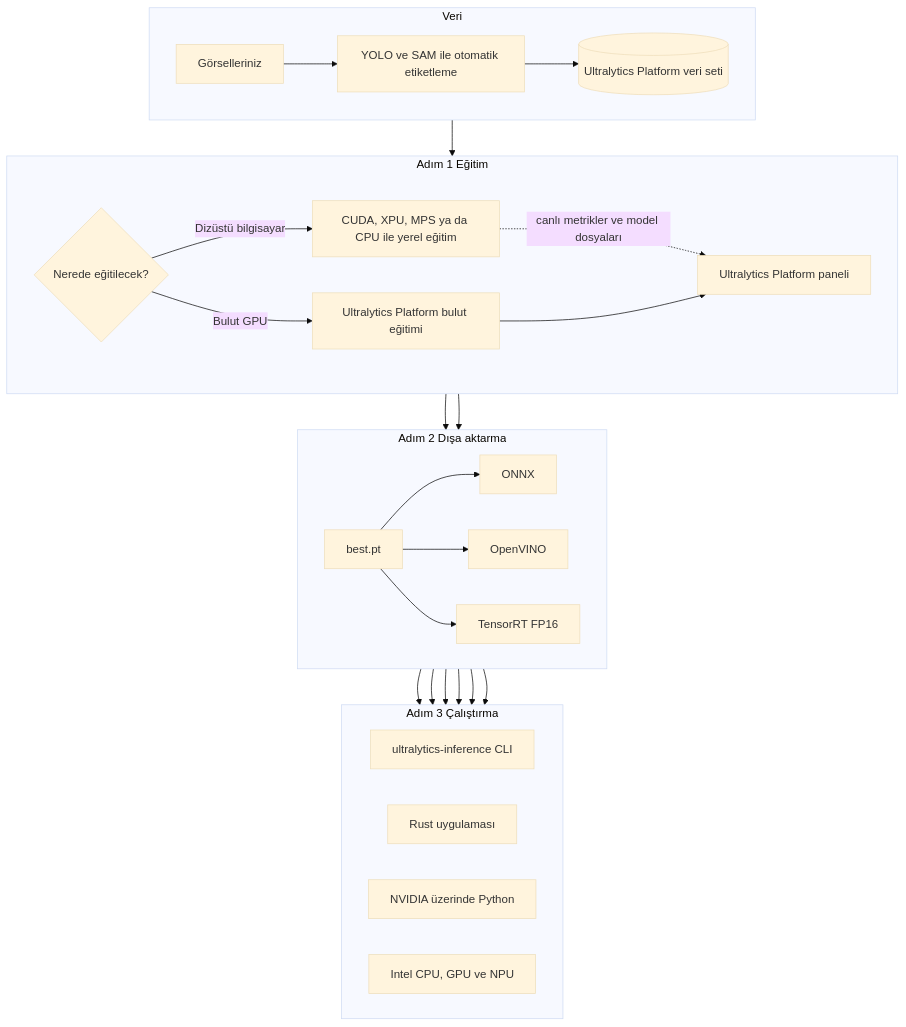
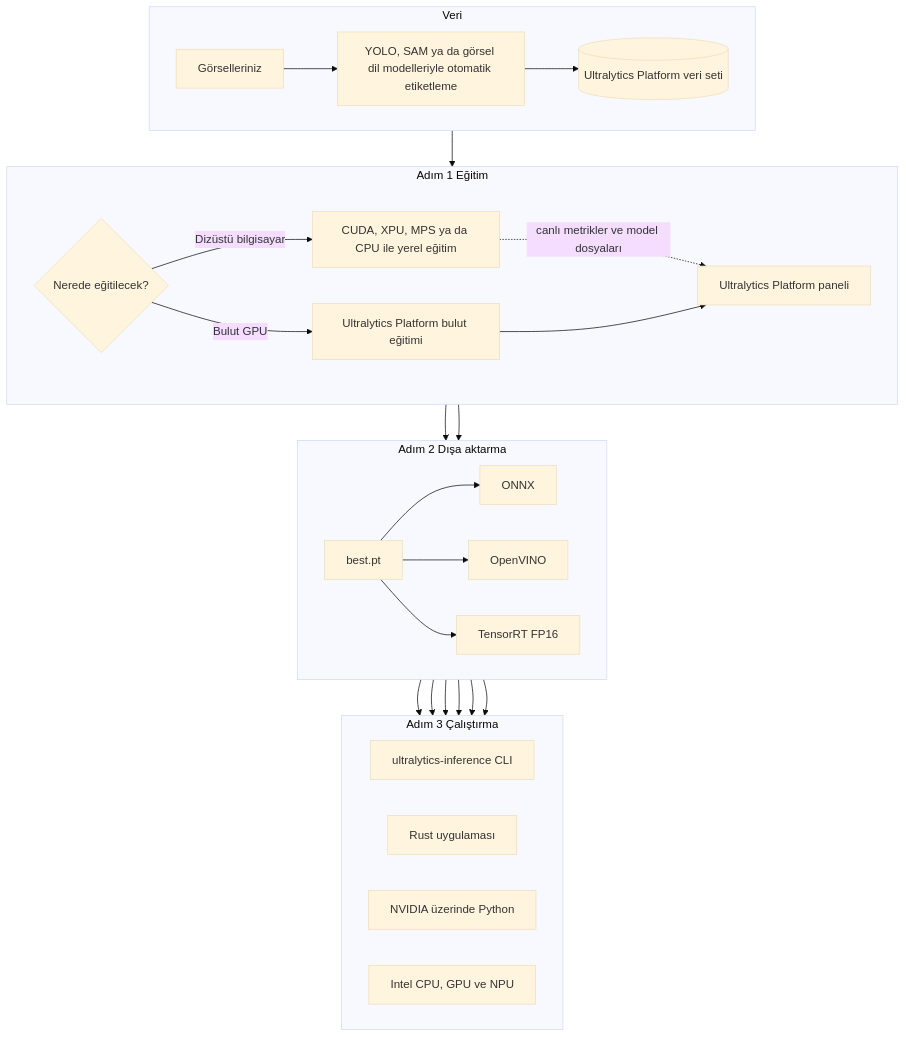
One commit to onuralpszr/gdg-samsun-etkinlik-2026-workshop changed the diagram in docs/index.tr.md. Above: the diagram before and after it, drawn with Mermaid (base theme). The commit also changed other lines of this file and 4 other files, not shown here.

````diff
--- a/docs/index.tr.md
+++ b/docs/index.tr.md
@@ -64,33 +64,33 @@
 ```mermaid
 flowchart TB
     subgraph Data["Veri"]
         direction LR
-        A[Görselleriniz] --> B[YOLO ve SAM ile otomatik etiketleme]
+        A[Görselleriniz] --> B[YOLO, SAM ya da görsel dil modelleriyle otomatik etiketleme]
         B --> C[(Ultralytics Platform veri seti)]
     end
     subgraph Train["Adım 1 Eğitim"]
         direction LR
         C --> D{Nerede eğitilecek?}
         D -->|Bulut GPU| E[Ultralytics Platform bulut eğitimi]
         D -->|Dizüstü bilgisayar| F[CUDA, XPU, MPS ya da CPU ile yerel eğitim]
         F -.->|canlı metrikler ve model dosyaları| G[Ultralytics Platform paneli]
         E --> G
     end
     subgraph Export["Adım 2 Dışa aktarma"]
         direction LR
         G --> H[best.pt]
         F --> H
         H --> I[ONNX]
         H --> J[OpenVINO]
         H --> K[TensorRT FP16]
     end
     subgraph Run["Adım 3 Çalıştırma"]
         direction LR
         I --> L[ultralytics-inference CLI]
         J --> L
         I --> M[Rust uygulaması]
         J --> M
         K --> N[NVIDIA üzerinde Python]
         J --> O[Intel CPU, GPU ve NPU]
     end
 ```
````
